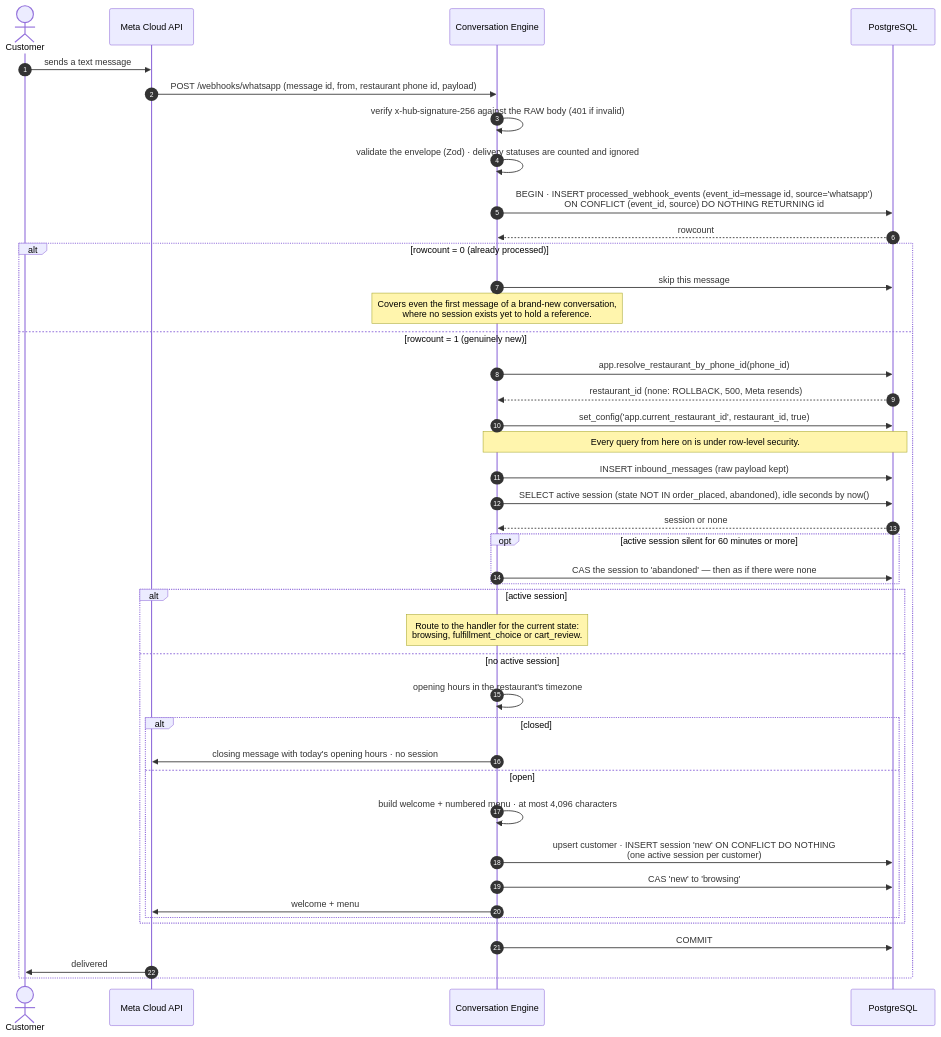
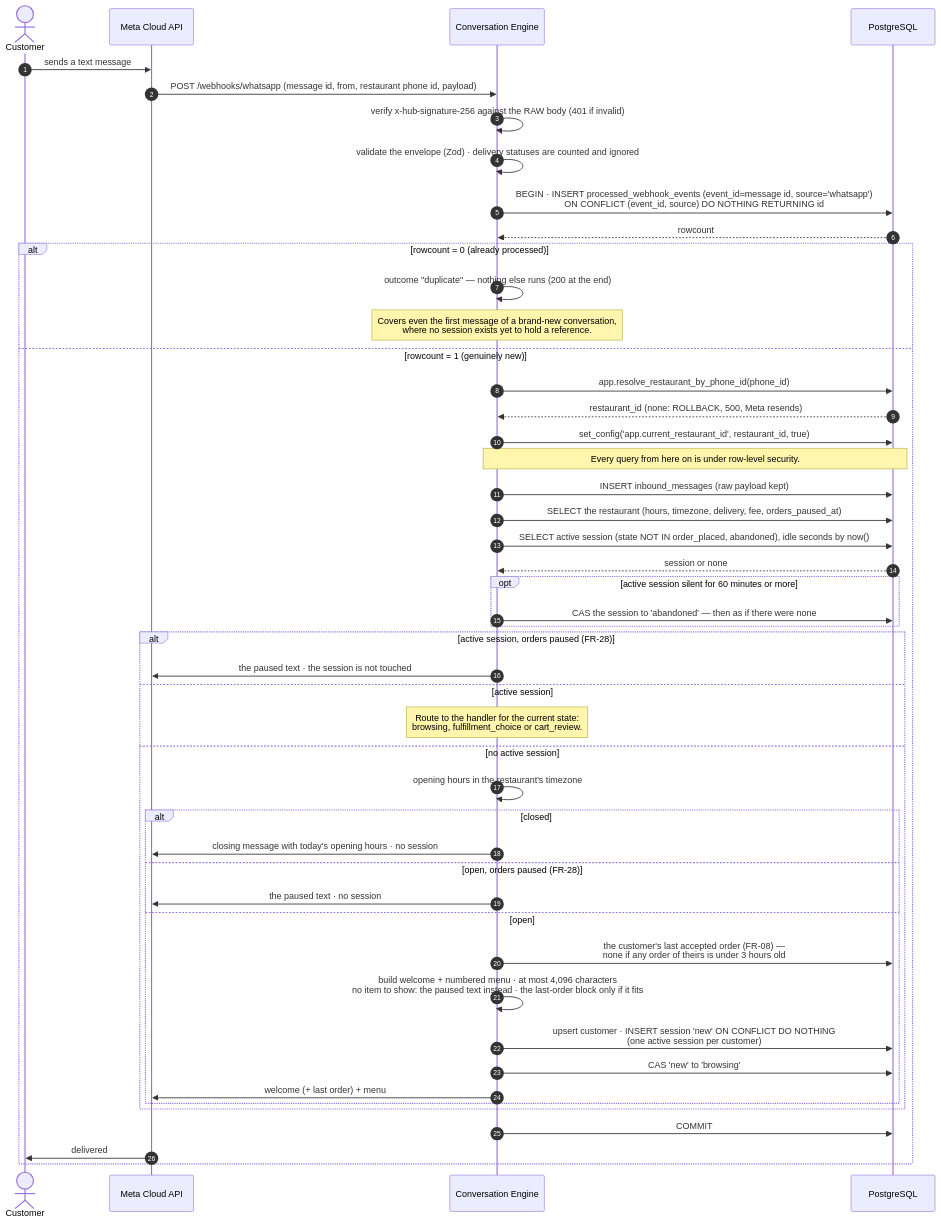
The diagram in docs/diagrams/14-seq-webhook-gate.mmd (mozz-labs/sufria), drawn with Mermaid before and after one commit. The commit also changed 37 other files, not shown here.

First line of the commit message:
docs(wip): Chapter 3 v1.2 diagrams — all rendered, FR-08, FR-28 and menu as built

```diff
--- a/docs/diagrams/14-seq-webhook-gate.mmd
+++ b/docs/diagrams/14-seq-webhook-gate.mmd
@@ -1,42 +1,48 @@
 sequenceDiagram
     autonumber
     actor C as Customer
     participant WA as Meta Cloud API
     participant CE as Conversation Engine
     participant DB as PostgreSQL
     C->>WA: sends a text message
     WA->>CE: POST /webhooks/whatsapp (message id, from, restaurant phone id, payload)
     CE->>CE: verify x-hub-signature-256 against the RAW body (401 if invalid)
     CE->>CE: validate the envelope (Zod) · delivery statuses are counted and ignored
     CE->>DB: BEGIN · INSERT processed_webhook_events (event_id=message id, source='whatsapp')<br/>ON CONFLICT (event_id, source) DO NOTHING RETURNING id
     DB-->>CE: rowcount
     alt rowcount = 0 (already processed)
-        CE->>DB: skip this message
+        CE->>CE: outcome "duplicate" — nothing else runs (200 at the end)
         Note over CE: Covers even the first message of a brand-new conversation,<br/>where no session exists yet to hold a reference.
     else rowcount = 1 (genuinely new)
         CE->>DB: app.resolve_restaurant_by_phone_id(phone_id)
         DB-->>CE: restaurant_id (none: ROLLBACK, 500, Meta resends)
         CE->>DB: set_config('app.current_restaurant_id', restaurant_id, true)
         Note over CE,DB: Every query from here on is under row-level security.
         CE->>DB: INSERT inbound_messages (raw payload kept)
+        CE->>DB: SELECT the restaurant (hours, timezone, delivery, fee, orders_paused_at)
         CE->>DB: SELECT active session (state NOT IN order_placed, abandoned), idle seconds by now()
         DB-->>CE: session or none
         opt active session silent for 60 minutes or more
             CE->>DB: CAS the session to 'abandoned' — then as if there were none
         end
-        alt active session
+        alt active session, orders paused (FR-28)
+            CE->>WA: the paused text · the session is not touched
+        else active session
             Note over CE: Route to the handler for the current state:<br/>browsing, fulfillment_choice or cart_review.
         else no active session
             CE->>CE: opening hours in the restaurant's timezone
             alt closed
                 CE->>WA: closing message with today's opening hours · no session
+            else open, orders paused (FR-28)
+                CE->>WA: the paused text · no session
             else open
-                CE->>CE: build welcome + numbered menu · at most 4,096 characters
+                CE->>DB: the customer's last accepted order (FR-08) —<br/>none if any order of theirs is under 3 hours old
+                CE->>CE: build welcome + numbered menu · at most 4,096 characters<br/>no item to show: the paused text instead · the last-order block only if it fits
                 CE->>DB: upsert customer · INSERT session 'new' ON CONFLICT DO NOTHING<br/>(one active session per customer)
                 CE->>DB: CAS 'new' to 'browsing'
-                CE->>WA: welcome + menu
+                CE->>WA: welcome (+ last order) + menu
             end
         end
         CE->>DB: COMMIT
         WA->>C: delivered
     end
```
